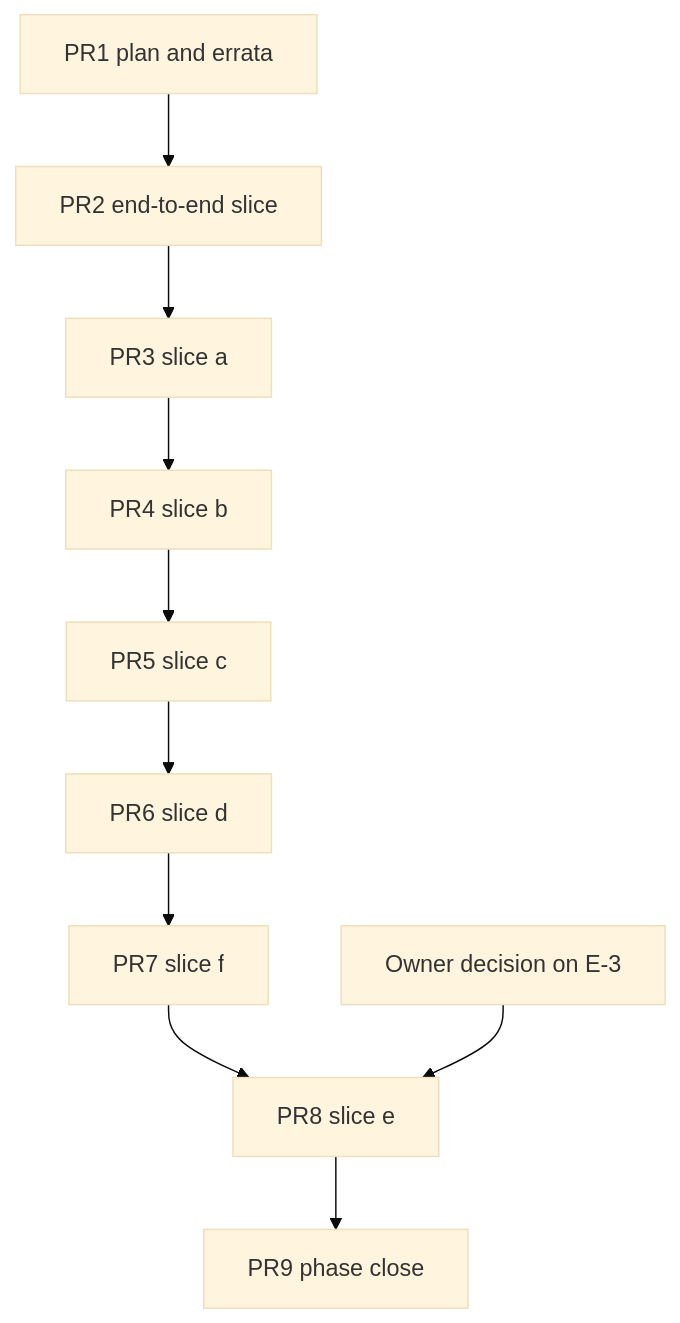
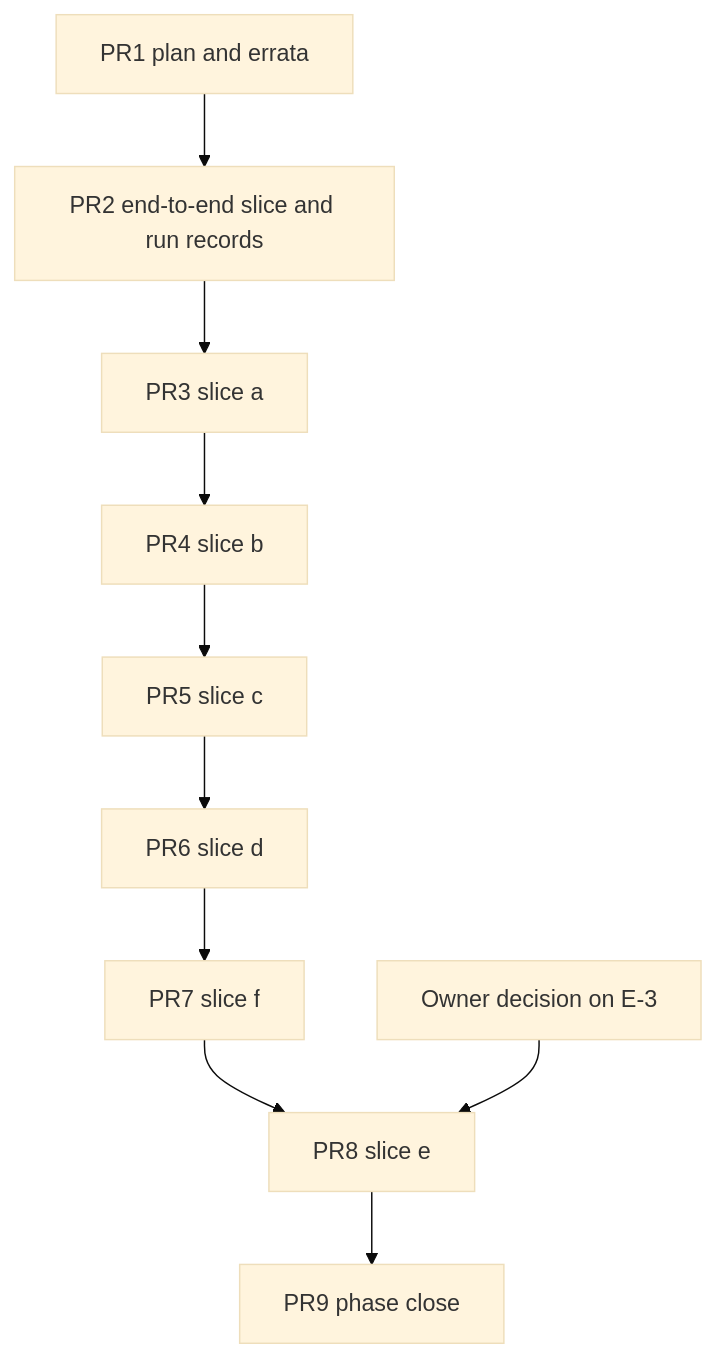
The diagram in docs/plans/2026-11-24-2115-feat-grade-command-plan.md (vinnyp/press-quality-lab), drawn with Mermaid (base theme) before and after one commit. The commit also changed other lines of this file and 1 other file, not shown here.

First line of the commit message:
docs: revise the phase 3 plan after its document and different-model reviews

````diff
--- a/docs/plans/2026-11-24-2115-feat-grade-command-plan.md
+++ b/docs/plans/2026-11-24-2115-feat-grade-command-plan.md
@@ -109,12 +109,12 @@
 ```mermaid
 flowchart TB
-  P[PR1 plan and errata] --> S[PR2 end-to-end slice]
+  P[PR1 plan and errata] --> S[PR2 end-to-end slice and run records]
   S --> A[PR3 slice a]
   A --> B[PR4 slice b]
   B --> C[PR5 slice c]
   C --> D[PR6 slice d]
   D --> F[PR7 slice f]
   F --> E[PR8 slice e]
   O[Owner decision on E-3] --> E
   E --> Z[PR9 phase close]
 ```
````
